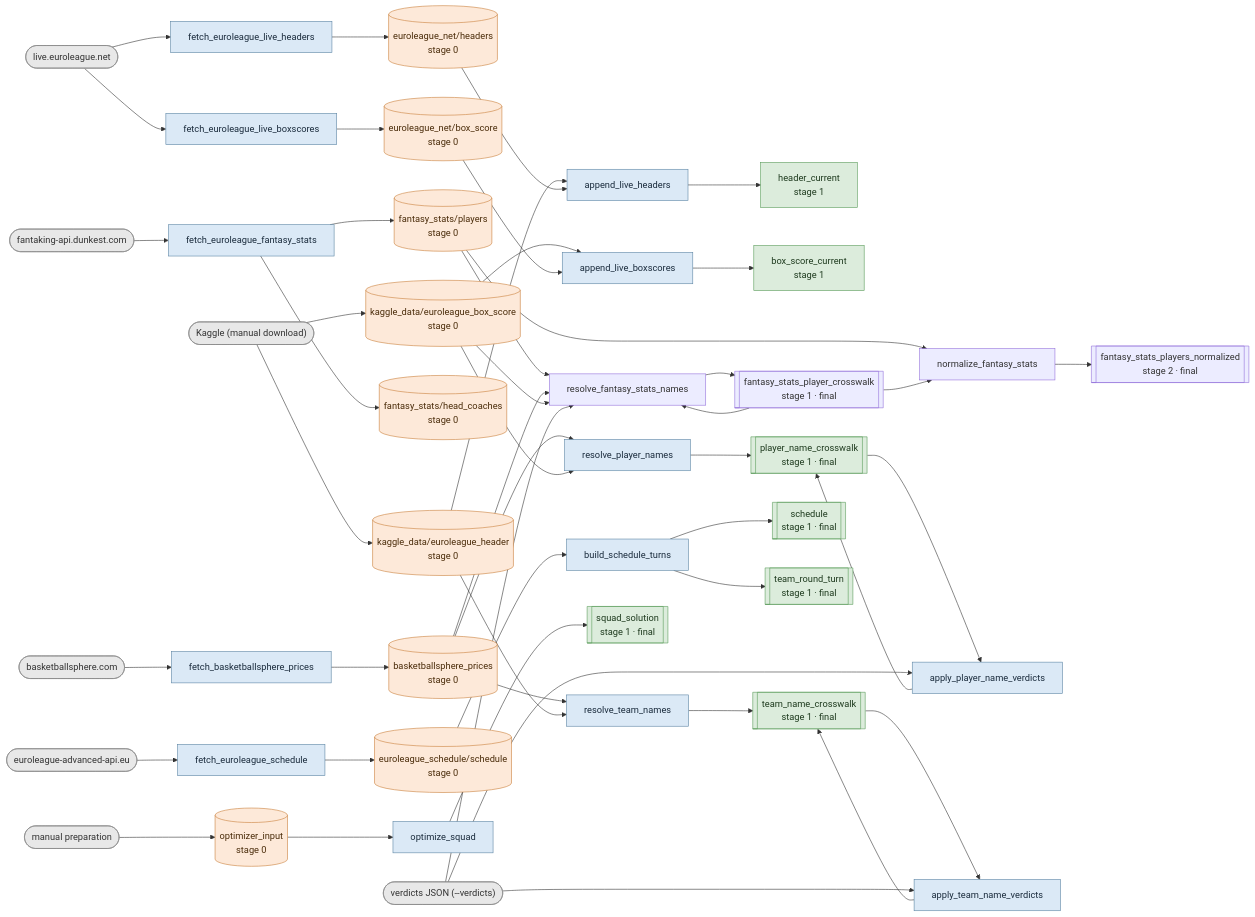
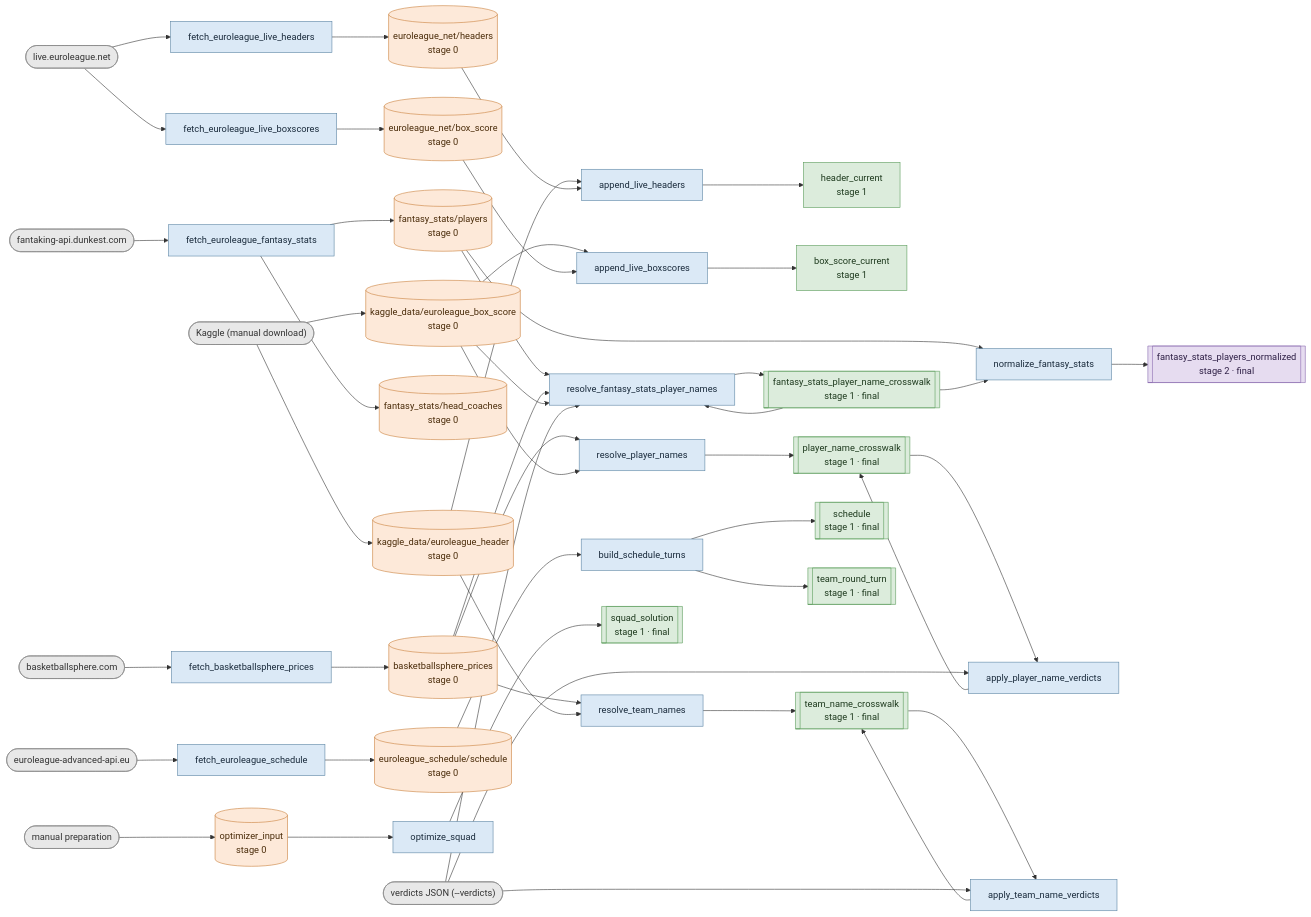
The diagram in docs/data-graph.md (Takfes/indie-euroleague), drawn with Mermaid before and after one commit. The commit also changed 11 other files, not shown here.

First line of the commit message:
refactor(entity): align fantasy stats crosswalk naming, trim resolver

````diff
--- a/docs/data-graph.md
+++ b/docs/data-graph.md
@@ -23,7 +23,7 @@
     f_sched["fetch_euroleague_schedule"]
     b_turns["build_schedule_turns"]
     r_p["resolve_player_names"]
-    r_f["resolve_fantasy_stats_names"]
+    r_f["resolve_fantasy_stats_player_names"]
     n_f["normalize_fantasy_stats"]
     a_p["apply_player_name_verdicts"]
     r_t["resolve_team_names"]
@@ -48,7 +48,7 @@
     d_bsc["box_score_current<br/>stage 1"]
     d_pxw[["player_name_crosswalk<br/>stage 1 · final"]]
     d_txw[["team_name_crosswalk<br/>stage 1 · final"]]
-    d_fxw[["fantasy_stats_player_crosswalk<br/>stage 1 · final"]]
+    d_fxw[["fantasy_stats_player_name_crosswalk<br/>stage 1 · final"]]
     d_fpn[["fantasy_stats_players_normalized<br/>stage 2 · final"]]
     d_sq[["squad_solution<br/>stage 1 · final"]]
     d_sch[["schedule<br/>stage 1 · final"]]
@@ -105,8 +105,10 @@
     classDef script fill:#dbe9f6,stroke:#5b84a3,color:#1a2b3c
     classDef stage0 fill:#fde9d9,stroke:#c97f3a,color:#4a2c0a
     classDef stage1 fill:#dcecdc,stroke:#5a9c5a,color:#1e3a1e
+    classDef stage2 fill:#e6dcf0,stroke:#8a6bb0,color:#2e1f45
     class bs,dunkest,live,adv,kaggle,verdicts,manual external
-    class f_bs,f_fs,f_live,f_lhdr,f_sched,b_turns,r_p,a_p,r_t,a_t,o_sq,t_app,t_hdr script
+    class f_bs,f_fs,f_live,f_lhdr,f_sched,b_turns,r_p,r_f,n_f,a_p,r_t,a_t,o_sq,t_app,t_hdr script
     class d_prices,d_players,d_coaches,d_live,d_lhdr,d_sched,d_kbox,d_khdr,d_opt stage0
-    class d_hdrc,d_bsc,d_pxw,d_txw,d_sq,d_sch,d_trt stage1
+    class d_hdrc,d_bsc,d_pxw,d_txw,d_sq,d_sch,d_trt,d_fxw stage1
+    class d_fpn stage2
 ```
````
